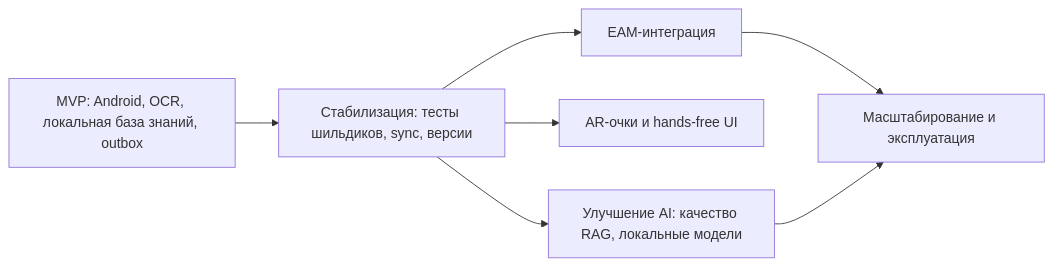
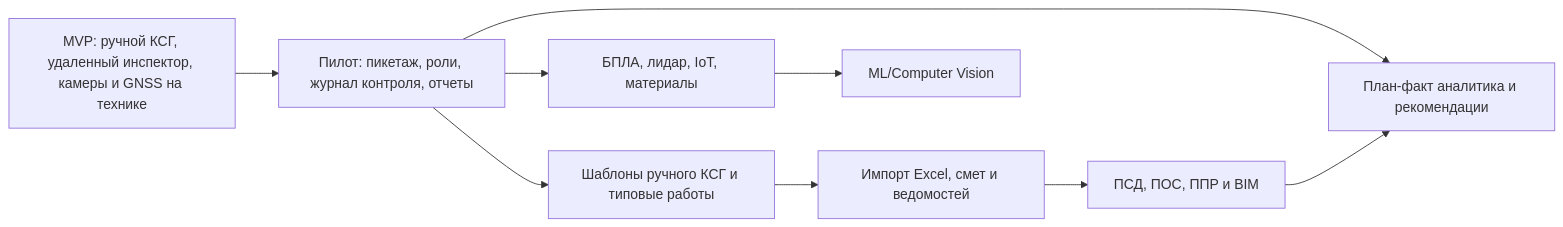
The diagram in 12-риски-и-развитие.md (s21dlemanskiy/course-work), drawn with Mermaid before and after one commit. The commit also changed other lines of this file and 19 other files, not shown here.

````diff
--- a/12-риски-и-развитие.md
+++ b/12-риски-и-развитие.md
@@ -27,16 +29,20 @@
 ```mermaid
 flowchart LR
-    MVP[MVP: Android, OCR, локальная база знаний, outbox]
-    Stabilize[Стабилизация: тесты шильдиков, sync, версии]
-    EAM[EAM-интеграция]
-    AR[AR-очки и hands-free UI]
-    AI[Улучшение AI: качество RAG, локальные модели]
-    Scale[Масштабирование и эксплуатация]
+    MVP[MVP: ручной КСГ, удаленный инспектор, камеры и GNSS на технике]
+    Pilot[Пилот: пикетаж, роли, журнал контроля, отчеты]
+    Templates[Шаблоны ручного КСГ и типовые работы]
+    Import[Импорт Excel, смет и ведомостей]
+    Docs[ПСД, ПОС, ППР и BIM]
+    Analytics[План-факт аналитика и рекомендации]
+    Sensors[БПЛА, лидар, IoT, материалы]
+    ML[ML/Computer Vision]
 
-    MVP --> Stabilize
-    Stabilize --> EAM
-    Stabilize --> AR
-    Stabilize --> AI
-    EAM --> Scale
-    AI --> Scale
+    MVP --> Pilot
+    Pilot --> Templates
+    Templates --> Import
+    Import --> Docs
+    Pilot --> Analytics
+    Pilot --> Sensors
+    Sensors --> ML
+    Docs --> Analytics
 ```
````
